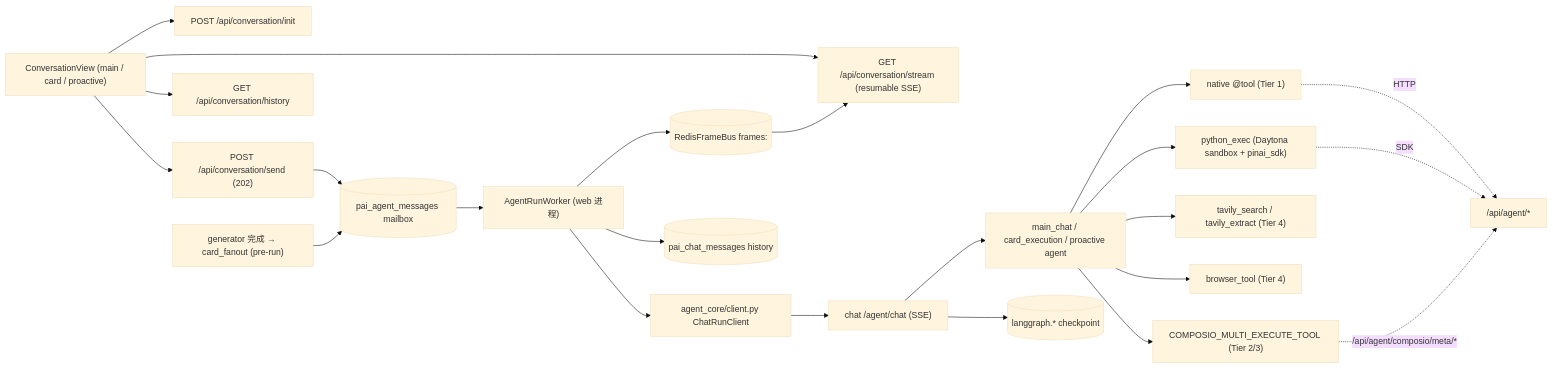
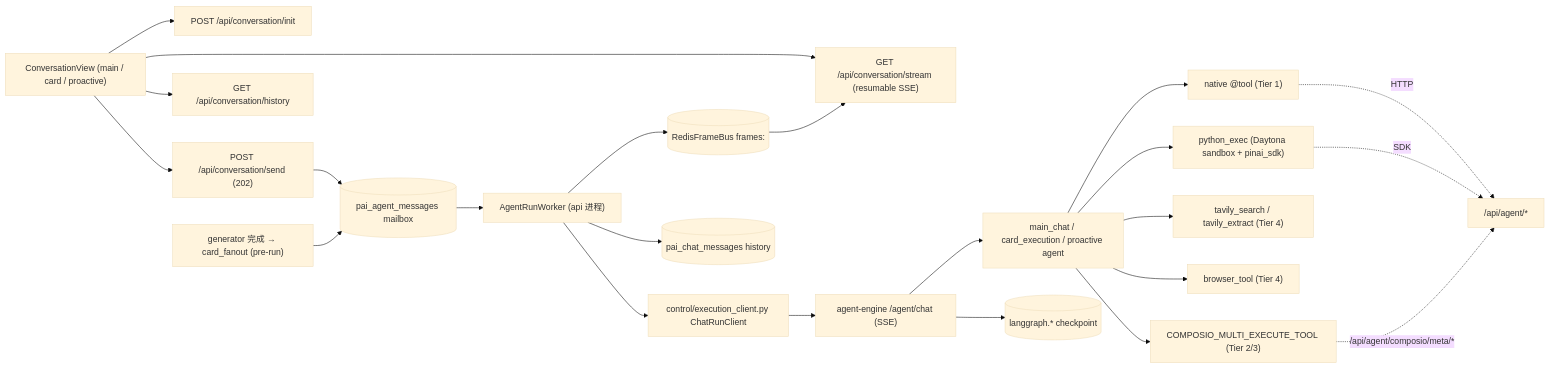
The first of 2 diagrams in docs/modules/execution.mdx (Edge-AI-HQ/proactive-assistant), drawn with Mermaid (base theme) before and after one commit. The commit also changed other lines of this file and 69 other files, not shown here.

````diff
--- a/docs/modules/execution.mdx
+++ b/docs/modules/execution.mdx
@@ -25,25 +25,25 @@
 ```mermaid
 flowchart LR
   UI["ConversationView (main / card / proactive)"] --> Init["POST /api/conversation/init"]
   UI --> Send["POST /api/conversation/send (202)"]
   UI --> Stream["GET /api/conversation/stream (resumable SSE)"]
   UI --> Hist["GET /api/conversation/history"]
   Send --> Mailbox[("pai_agent_messages mailbox")]
-  Mailbox --> Worker["AgentRunWorker (web 进程)"]
+  Mailbox --> Worker["AgentRunWorker (api 进程)"]
   Gen["generator 完成 → card_fanout (pre-run)"] --> Mailbox
-  Worker --> Client["agent_core/client.py ChatRunClient"]
-  Client --> Chat["chat /agent/chat (SSE)"]
+  Worker --> Client["control/execution_client.py ChatRunClient"]
+  Client --> Chat["agent-engine /agent/chat (SSE)"]
   Chat --> Agent["main_chat / card_execution / proactive agent"]
   Agent --> Native["native @tool (Tier 1)"]
   Agent --> Composio["COMPOSIO_MULTI_EXECUTE_TOOL (Tier 2/3)"]
   Agent --> Tavily["tavily_search / tavily_extract (Tier 4)"]
   Agent --> Browser["browser_tool (Tier 4)"]
   Agent --> PyExec["python_exec (Daytona sandbox + pinai_sdk)"]
   Native -. HTTP .-> WebAgent["/api/agent/*"]
   PyExec -. SDK .-> WebAgent
   Composio -. /api/agent/composio/meta/* .-> WebAgent
   Worker --> Bus[("RedisFrameBus frames:<session>")]
   Bus --> Stream
   Worker --> Msgs[("pai_chat_messages history")]
   Chat --> Cp[("langgraph.* checkpoint")]
 ```
````
